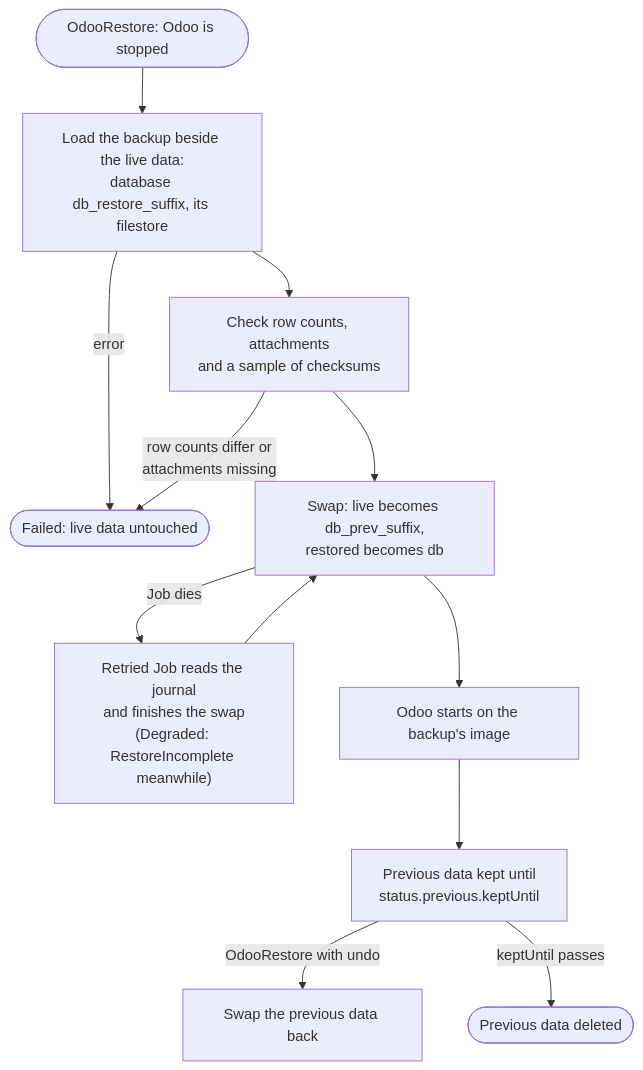
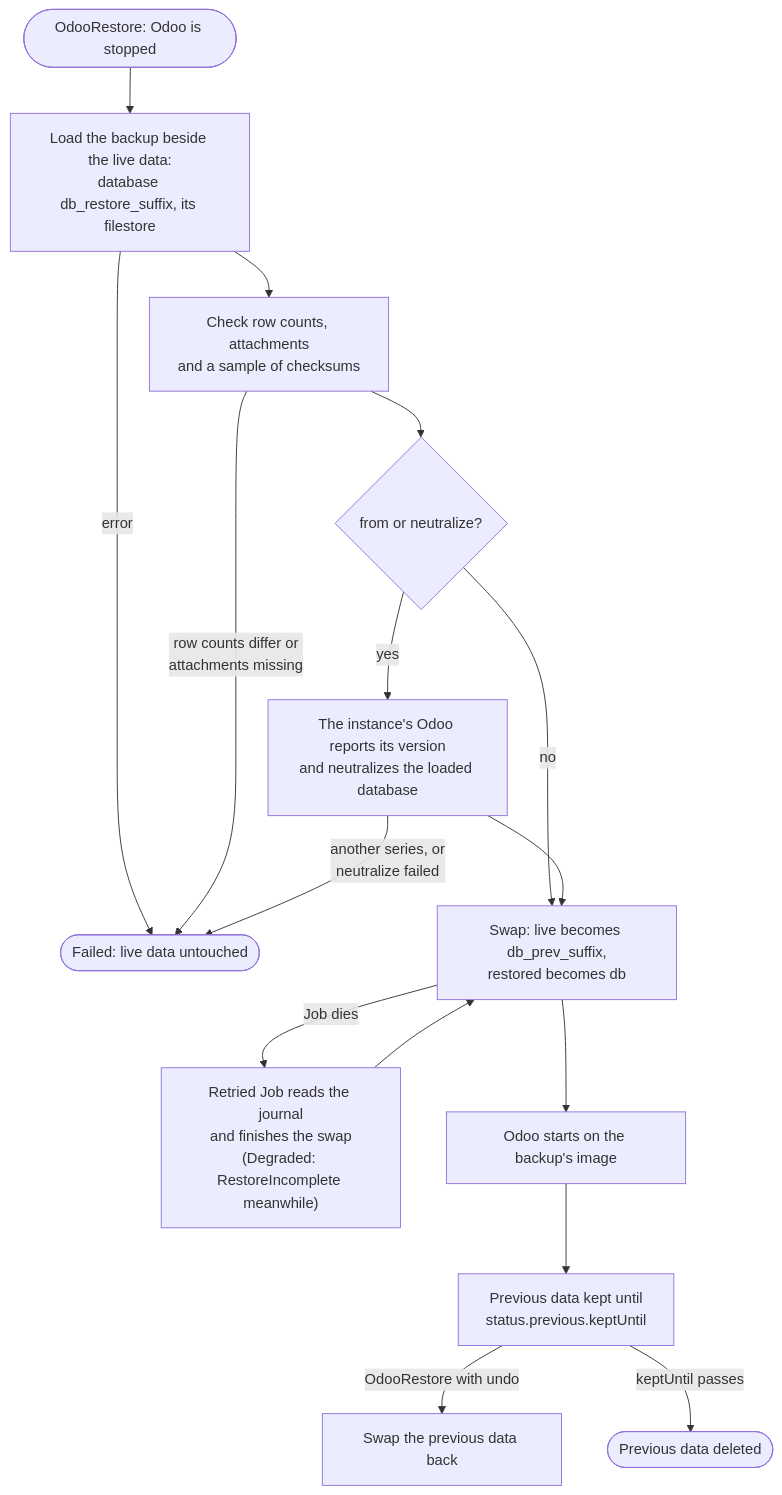
Before and after one commit to MohanadAbugharbia/odoo-operator: the diagram in docs/guides/restore.md, drawn with Mermaid. The commit also changed other lines of this file and 54 other files, not shown here.

````diff
--- a/docs/guides/restore.md
+++ b/docs/guides/restore.md
@@ -60,14 +117,18 @@
 ```mermaid
 flowchart TD
   start([OdooRestore: Odoo is stopped]) --> load["Load the backup beside the live data:<br/>database db_restore_suffix, its filestore"]
   load --> check[Check row counts, attachments<br/>and a sample of checksums]
   load -->|error| failed([Failed: live data untouched])
   check -->|row counts differ or<br/>attachments missing| failed
-  check --> swap["Swap: live becomes db_prev_suffix,<br/>restored becomes db"]
+  check --> odoo{"from or neutralize?"}
+  odoo -- "no" --> swap
+  odoo -- "yes" --> step["The instance's Odoo reports its version<br/>and neutralizes the loaded database"]
+  step -->|another series, or<br/>neutralize failed| failed
+  step --> swap["Swap: live becomes db_prev_suffix,<br/>restored becomes db"]
   swap -->|Job dies| retry["Retried Job reads the journal<br/>and finishes the swap<br/>(Degraded: RestoreIncomplete meanwhile)"]
   retry --> swap
   swap --> run[Odoo starts on the backup's image]
   run --> kept["Previous data kept until<br/>status.previous.keptUntil"]
   kept -->|OdooRestore with undo| undo[Swap the previous data back]
   kept -->|keptUntil passes| gone([Previous data deleted])
 ```
````
